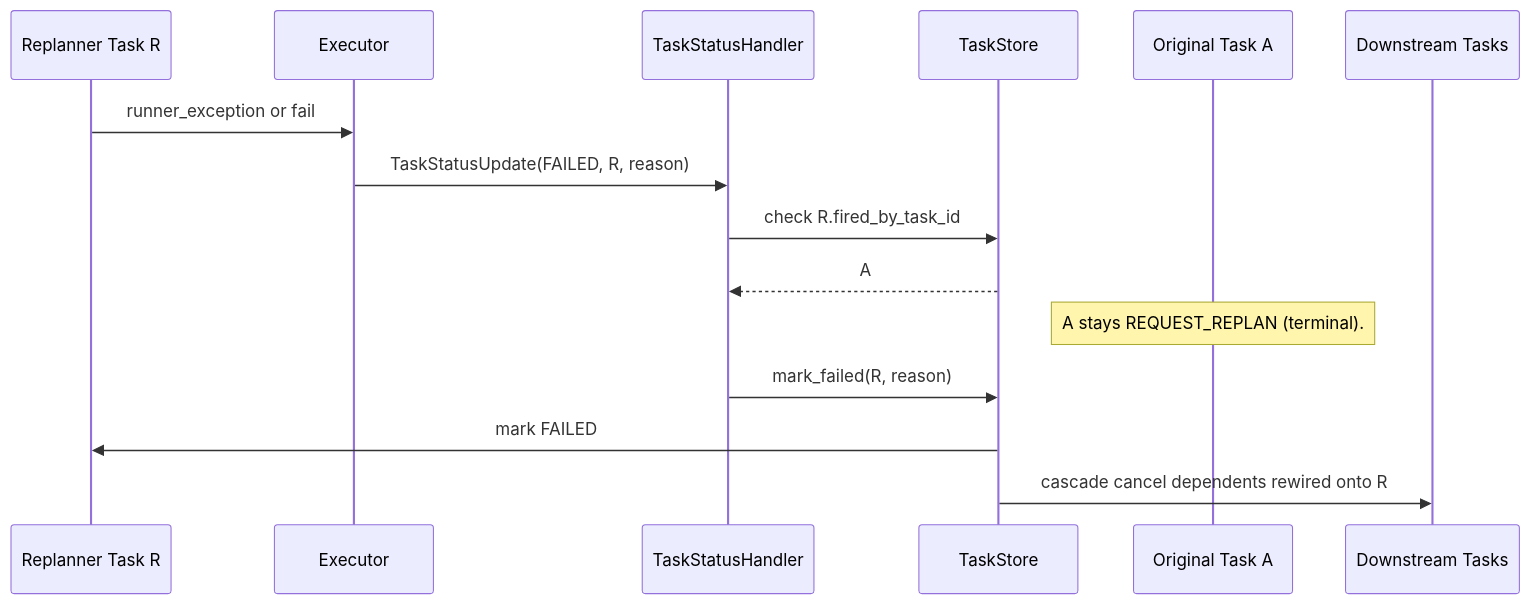
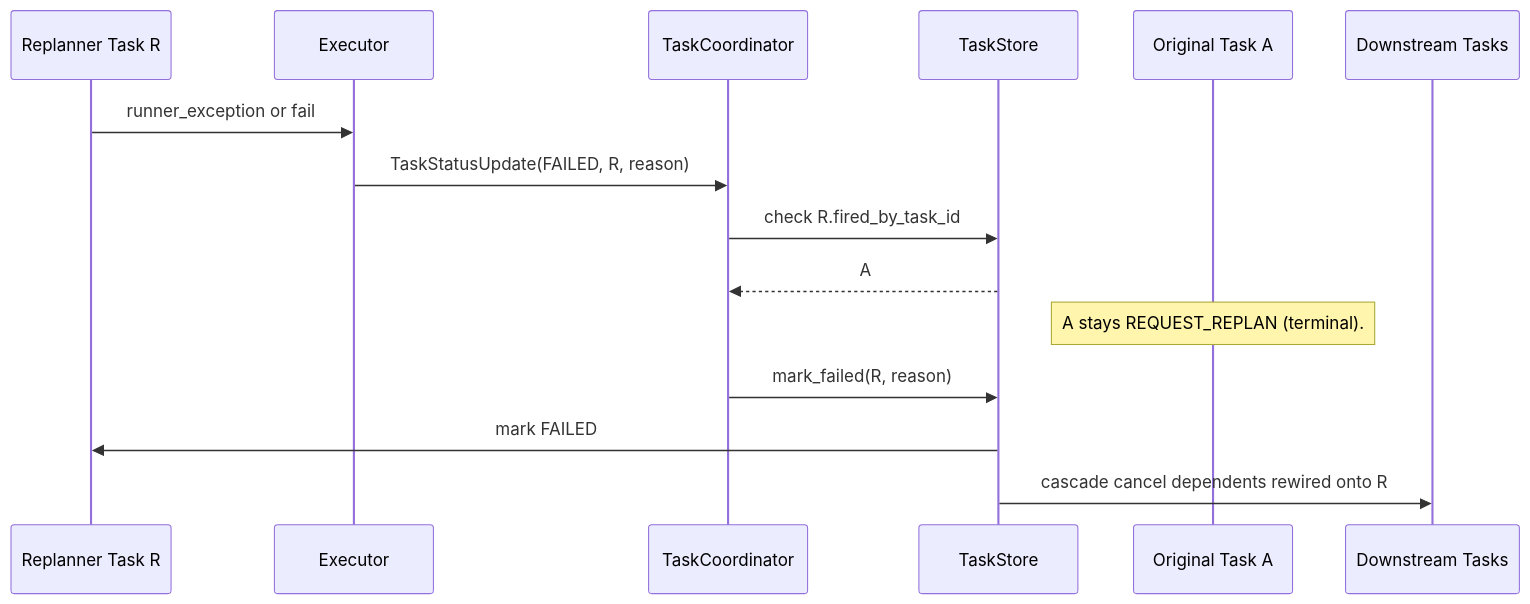
One commit to Ephemeral-AI-Lab/ephemeral-sandbox changed the seventh of 7 diagrams in docs/architecture/replan-workflow-sequence-diagrams.md. Above: the diagram before and after it, drawn with Mermaid. The commit also changed other lines of this file and 10 other files, not shown here.

````diff
--- a/docs/architecture/replan-workflow-sequence-diagrams.md
+++ b/docs/architecture/replan-workflow-sequence-diagrams.md
@@ -290,20 +290,20 @@
 ```mermaid
 sequenceDiagram
     participant R as Replanner Task R
     participant Ex as Executor
-    participant H as TaskStatusHandler
+    participant H as TaskCoordinator
     participant TS as TaskStore
     participant A as Original Task A
     participant D as Downstream Tasks
 
     R->>Ex: runner_exception or fail
     Ex->>H: TaskStatusUpdate(FAILED, R, reason)
 
     H->>TS: check R.fired_by_task_id
     TS-->>H: A
 
     Note over A: A stays REQUEST_REPLAN (terminal).
     H->>TS: mark_failed(R, reason)
     TS->>R: mark FAILED
     TS->>D: cascade cancel dependents rewired onto R
 ```
````
